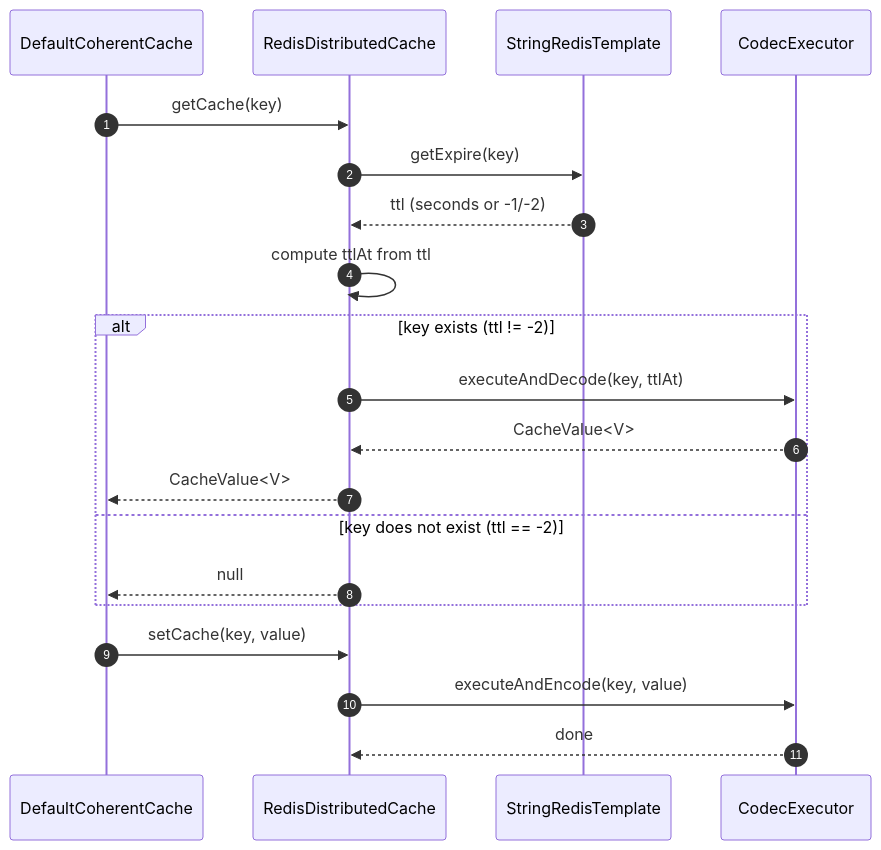
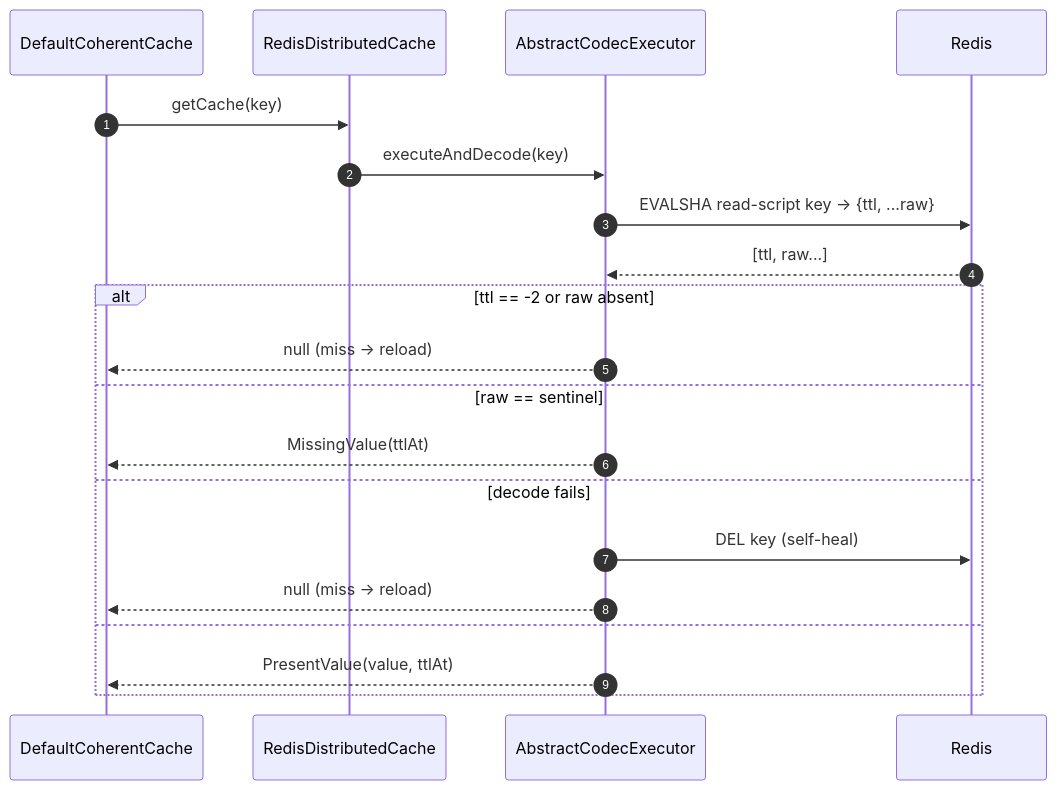
One commit to Ahoo-Wang/CoCache changed the third of 4 diagrams in wiki/architecture/cache-layers.md. Above: the diagram before and after it, drawn with Mermaid. The commit also changed other lines of this file and 256 other files, not shown here.

````diff
--- a/wiki/architecture/cache-layers.md
+++ b/wiki/architecture/cache-layers.md
@@ -145,25 +89,23 @@
 ```mermaid
 sequenceDiagram
 autonumber
     participant CC as DefaultCoherentCache
     participant DC as RedisDistributedCache
-    participant RT as StringRedisTemplate
-    participant CE as CodecExecutor
+    participant CE as AbstractCodecExecutor
+    participant R as Redis
 
     CC->>DC: getCache(key)
-    DC->>RT: getExpire(key)
-    RT-->>DC: ttl (seconds or -1/-2)
-    DC->>DC: compute ttlAt from ttl
-
-    alt key exists (ttl != -2)
-        DC->>CE: executeAndDecode(key, ttlAt)
-        CE-->>DC: CacheValue<V>
-        DC-->>CC: CacheValue<V>
-    else key does not exist (ttl == -2)
-        DC-->>CC: null
+    DC->>CE: executeAndDecode(key)
+    CE->>R: EVALSHA read-script key → {ttl, ...raw}
+    R-->>CE: [ttl, raw...]
+    alt ttl == -2 or raw absent
+        CE-->>CC: null (miss → reload)
+    else raw == sentinel
+        CE-->>CC: MissingValue(ttlAt)
+    else decode fails
+        CE->>R: DEL key (self-heal)
+        CE-->>CC: null (miss → reload)
+    else
+        CE-->>CC: PresentValue(value, ttlAt)
     end
-
-    CC->>DC: setCache(key, value)
-    DC->>CE: executeAndEncode(key, value)
-    CE-->>DC: done
 ```
````
